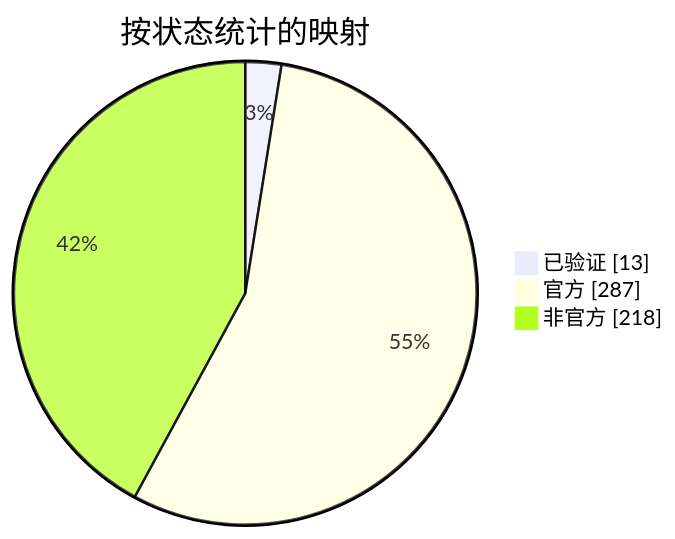
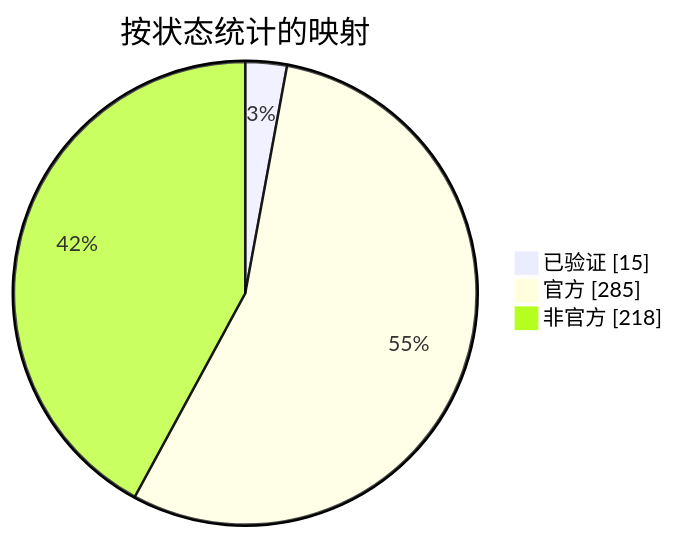
Before and after one commit to nobrega8/mbmap-library: the diagram in docs/readme/README_ZHS.md, drawn with Mermaid. The commit also changed 6 other files, not shown here.

````diff
--- a/docs/readme/README_ZHS.md
+++ b/docs/readme/README_ZHS.md
@@ -54,7 +54,7 @@
 ```mermaid
 pie showData
     title 按状态统计的映射
-    "已验证" : 13
-    "官方" : 287
+    "已验证" : 15
+    "官方" : 285
     "非官方" : 218
 ```
````
